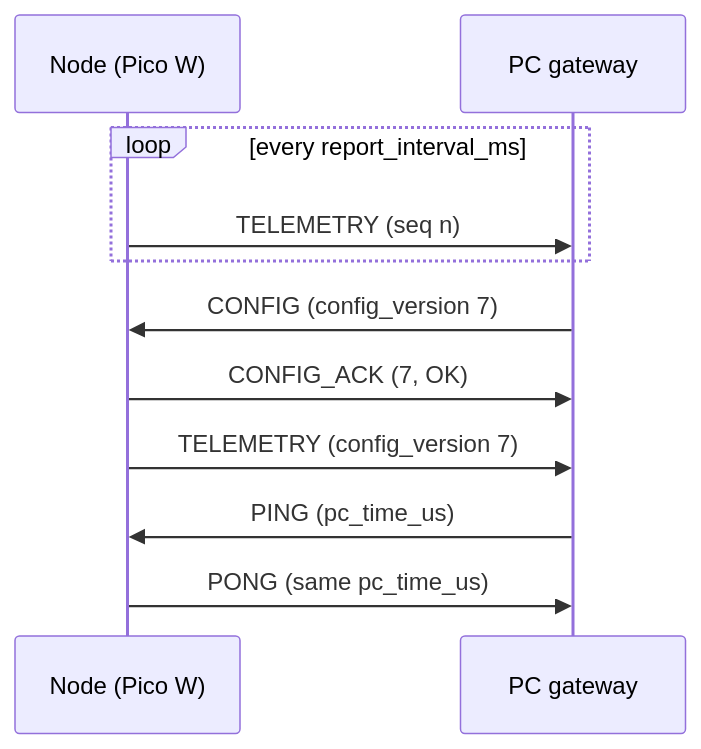
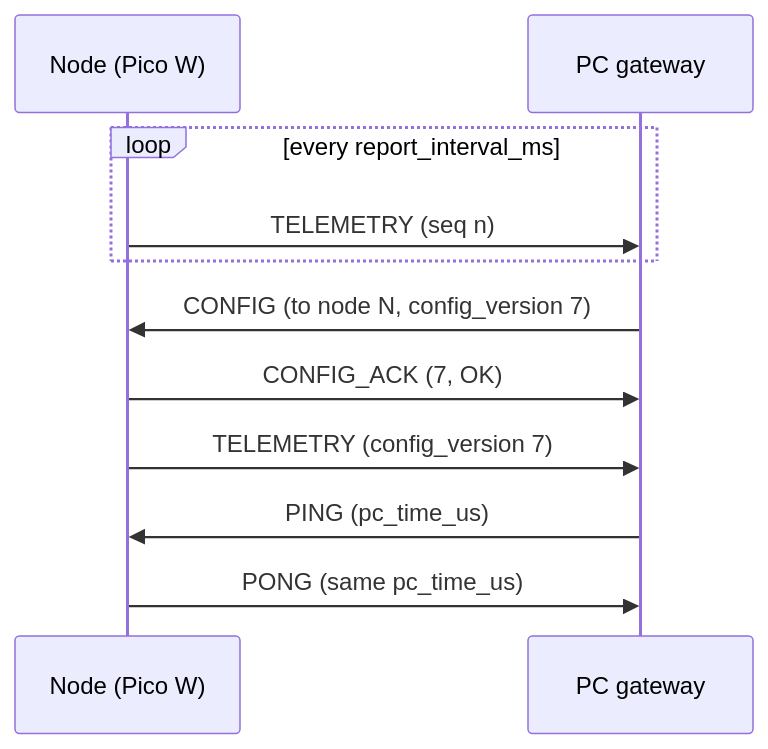
Before and after one commit to yuzhihao1212/INF2004_CSC21_Embedded: the diagram in docs/protocol.md, drawn with Mermaid. The commit also changed other lines of this file and 10 other files, not shown here.

````diff
--- a/docs/protocol.md
+++ b/docs/protocol.md
@@ -20,13 +21,13 @@
 ```mermaid
 sequenceDiagram
     participant N as Node (Pico W)
     participant P as PC gateway
     loop every report_interval_ms
         N->>P: TELEMETRY (seq n)
     end
-    P->>N: CONFIG (config_version 7)
+    P->>N: CONFIG (to node N, config_version 7)
     N->>P: CONFIG_ACK (7, OK)
     N->>P: TELEMETRY (config_version 7)
     P->>N: PING (pc_time_us)
     N->>P: PONG (same pc_time_us)
 ```
````
